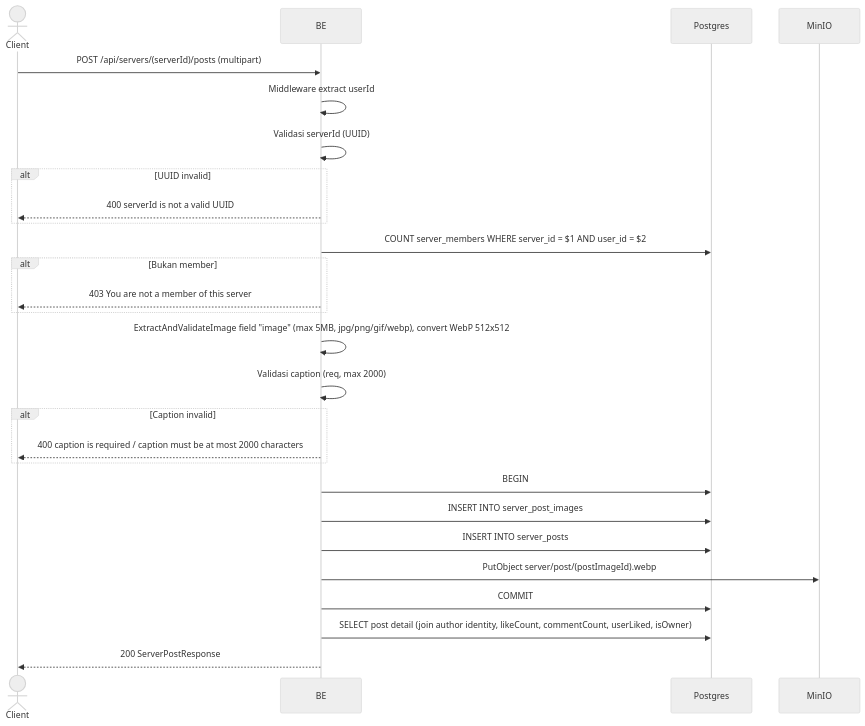
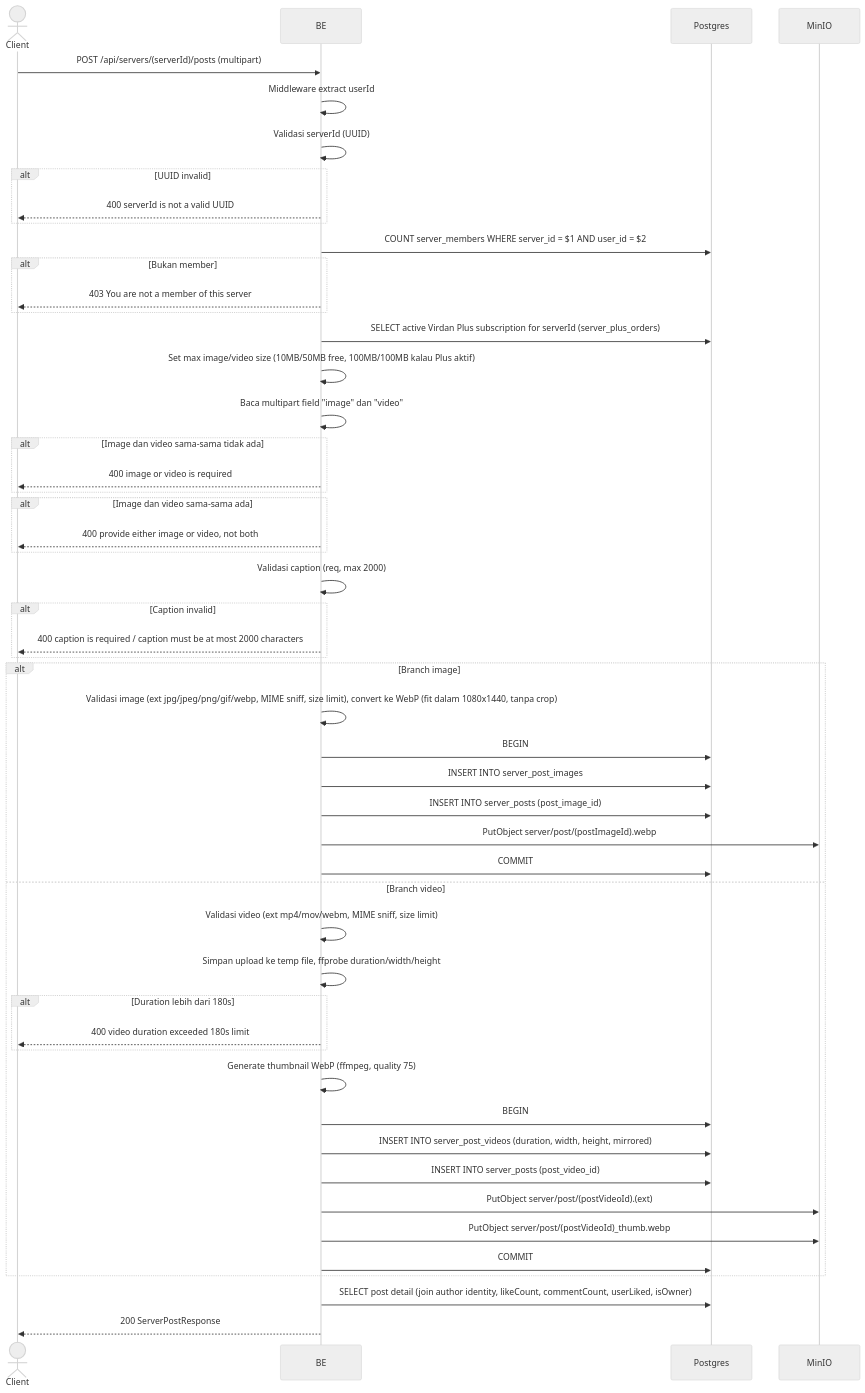
One commit to ferdian3456/virdanproject changed the diagram in docs/flows/id/create_post.md. Above: the diagram before and after it, drawn with Mermaid (neutral theme). The commit also changed other lines of this file and 67 other files, not shown here.

First line of the commit message:
Audit and fix API flow docs; add missing Payment/Chat documentation (#42)

````diff
--- a/docs/flows/id/create_post.md
+++ b/docs/flows/id/create_post.md
@@ -13,30 +13,54 @@
 ```mermaid
 sequenceDiagram
     actor Client
     participant BE
     participant Postgres
     participant MinIO
 
     Client->>BE: POST /api/servers/(serverId)/posts (multipart)
     BE->>BE: Middleware extract userId
     BE->>BE: Validasi serverId (UUID)
     alt UUID invalid
         BE-->>Client: 400 serverId is not a valid UUID
     end
     BE->>Postgres: COUNT server_members WHERE server_id = $1 AND user_id = $2
     alt Bukan member
         BE-->>Client: 403 You are not a member of this server
     end
-    BE->>BE: ExtractAndValidateImage field "image" (max 5MB, jpg/png/gif/webp), convert WebP 512x512
+    BE->>Postgres: SELECT active Virdan Plus subscription for serverId (server_plus_orders)
+    BE->>BE: Set max image/video size (10MB/50MB free, 100MB/100MB kalau Plus aktif)
+    BE->>BE: Baca multipart field "image" dan "video"
+    alt Image dan video sama-sama tidak ada
+        BE-->>Client: 400 image or video is required
+    end
+    alt Image dan video sama-sama ada
+        BE-->>Client: 400 provide either image or video, not both
+    end
     BE->>BE: Validasi caption (req, max 2000)
     alt Caption invalid
         BE-->>Client: 400 caption is required / caption must be at most 2000 characters
     end
-    BE->>Postgres: BEGIN
-    BE->>Postgres: INSERT INTO server_post_images
-    BE->>Postgres: INSERT INTO server_posts
-    BE->>MinIO: PutObject server/post/(postImageId).webp
-    BE->>Postgres: COMMIT
+    alt Branch image
+        BE->>BE: Validasi image (ext jpg/jpeg/png/gif/webp, MIME sniff, size limit), convert ke WebP (fit dalam 1080x1440, tanpa crop)
+        BE->>Postgres: BEGIN
+        BE->>Postgres: INSERT INTO server_post_images
+        BE->>Postgres: INSERT INTO server_posts (post_image_id)
+        BE->>MinIO: PutObject server/post/(postImageId).webp
+        BE->>Postgres: COMMIT
+    else Branch video
+        BE->>BE: Validasi video (ext mp4/mov/webm, MIME sniff, size limit)
+        BE->>BE: Simpan upload ke temp file, ffprobe duration/width/height
+        alt Duration lebih dari 180s
+            BE-->>Client: 400 video duration exceeded 180s limit
+        end
+        BE->>BE: Generate thumbnail WebP (ffmpeg, quality 75)
+        BE->>Postgres: BEGIN
+        BE->>Postgres: INSERT INTO server_post_videos (duration, width, height, mirrored)
+        BE->>Postgres: INSERT INTO server_posts (post_video_id)
+        BE->>MinIO: PutObject server/post/(postVideoId).(ext)
+        BE->>MinIO: PutObject server/post/(postVideoId)_thumb.webp
+        BE->>Postgres: COMMIT
+    end
     BE->>Postgres: SELECT post detail (join author identity, likeCount, commentCount, userLiked, isOwner)
     BE-->>Client: 200 ServerPostResponse
 ```
````
